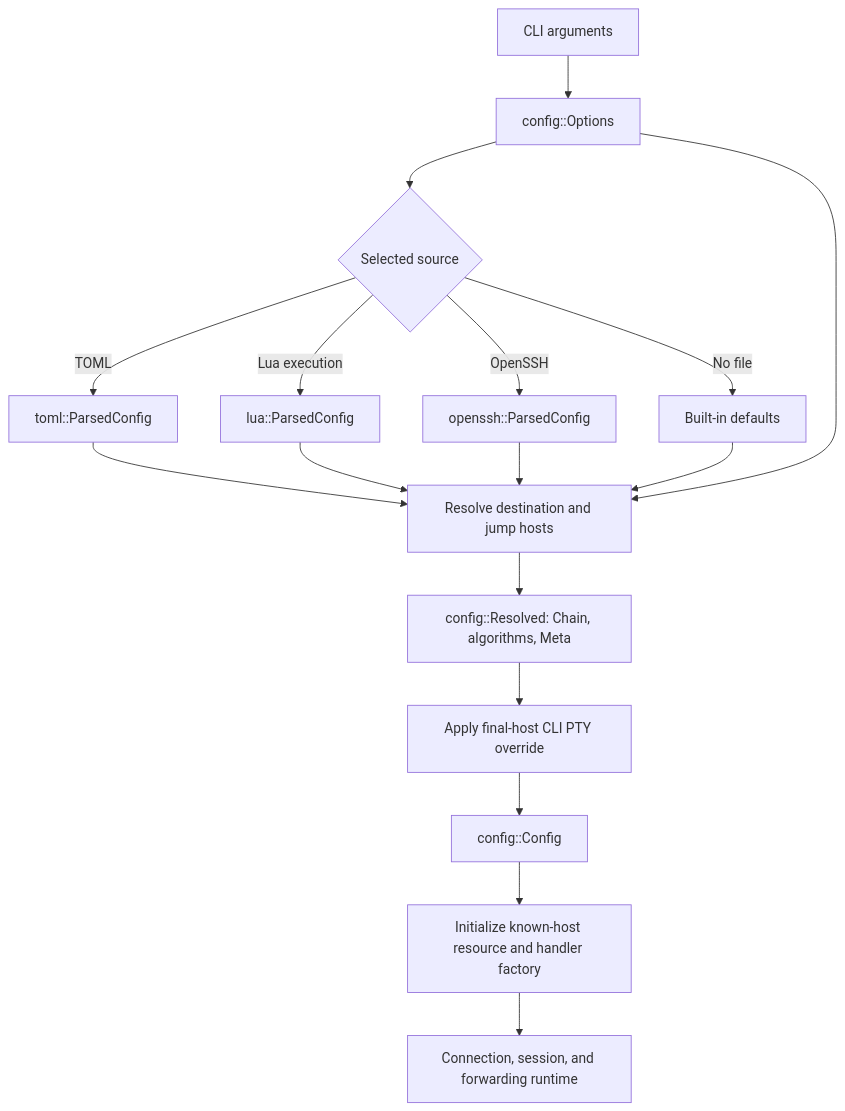
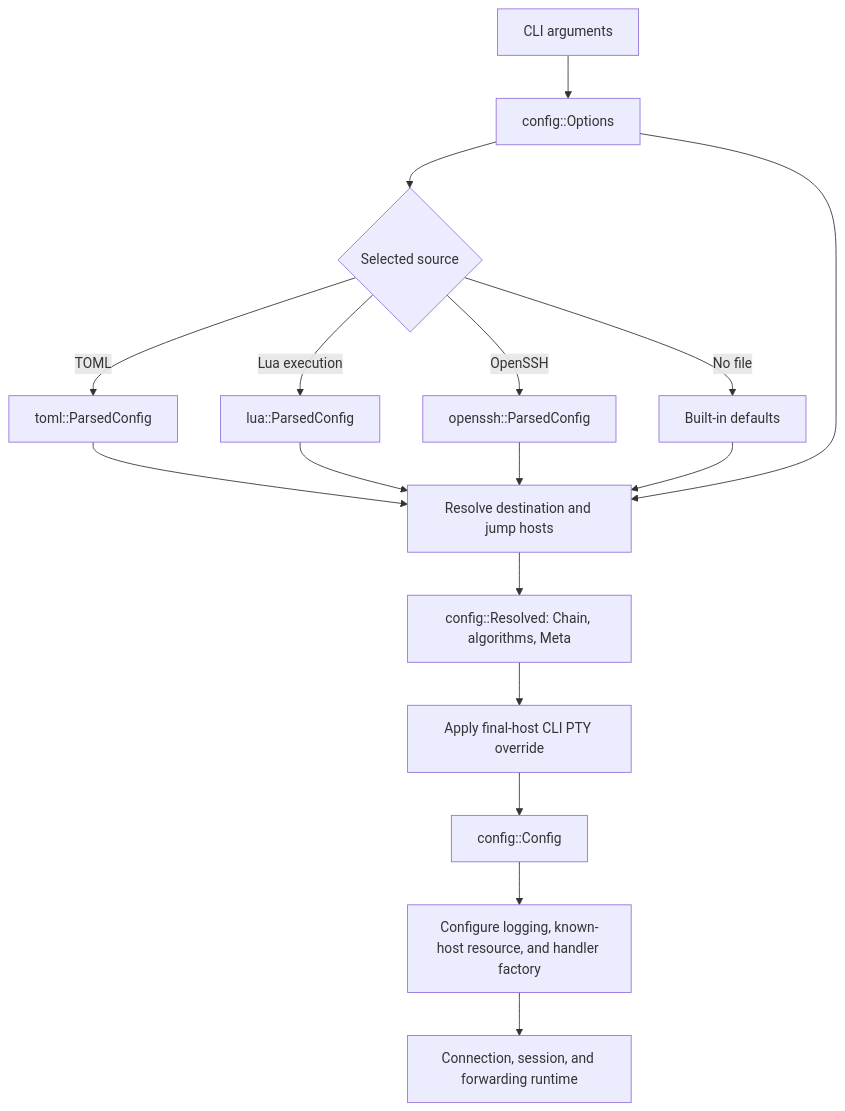
Before and after one commit to naughie/openrussh-cli: the diagram in docs/architecture.md, drawn with Mermaid. The commit also changed other lines of this file and 18 other files, not shown here.

````diff
--- a/docs/architecture.md
+++ b/docs/architecture.md
@@ -52,19 +52,19 @@
 ```mermaid
 flowchart TD
     A[CLI arguments] --> B[config::Options]
     B --> C{Selected source}
     C -->|TOML| D[toml::ParsedConfig]
     C -->|Lua execution| E[lua::ParsedConfig]
     C -->|OpenSSH| F[openssh::ParsedConfig]
     C -->|No file| G[Built-in defaults]
     D --> H[Resolve destination and jump hosts]
     E --> H
     F --> H
     G --> H
     B --> H
     H --> I[config::Resolved: Chain, algorithms, Meta]
     I --> J[Apply final-host CLI PTY override]
     J --> K[config::Config]
-    K --> L[Initialize known-host resource and handler factory]
+    K --> L[Configure logging, known-host resource, and handler factory]
     L --> M[Connection, session, and forwarding runtime]
 ```
````
